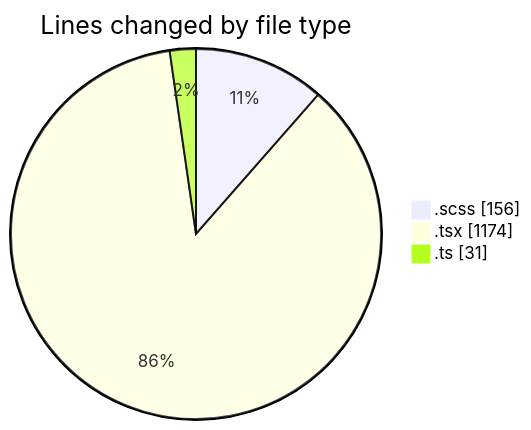
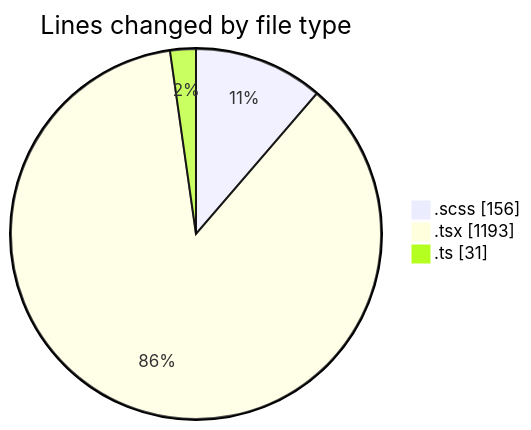
Before and after one commit to momahboobian/code-tracking: the first of 2 diagrams in 2025-02-10/cda/README.md, drawn with Mermaid. The commit also changed other lines of this file and 1 other file, not shown here.

````diff
--- a/2025-02-10/cda/README.md
+++ b/2025-02-10/cda/README.md
@@ -25,7 +25,7 @@
 ```mermaid
 pie showData
 title Lines changed by file type
 ".scss" : 156
-".tsx" : 1174
+".tsx" : 1193
 ".ts" : 31
 ```
````
